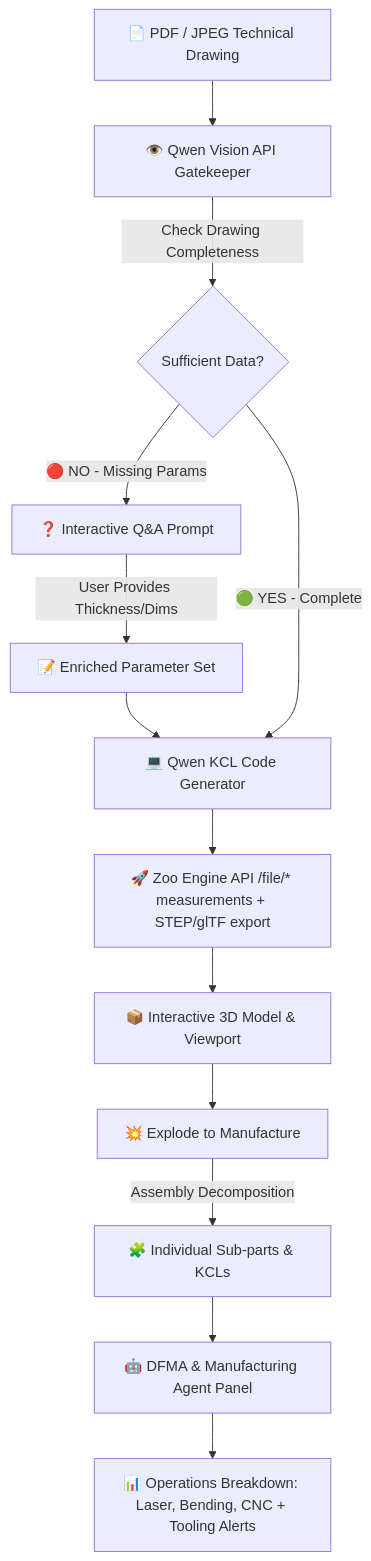
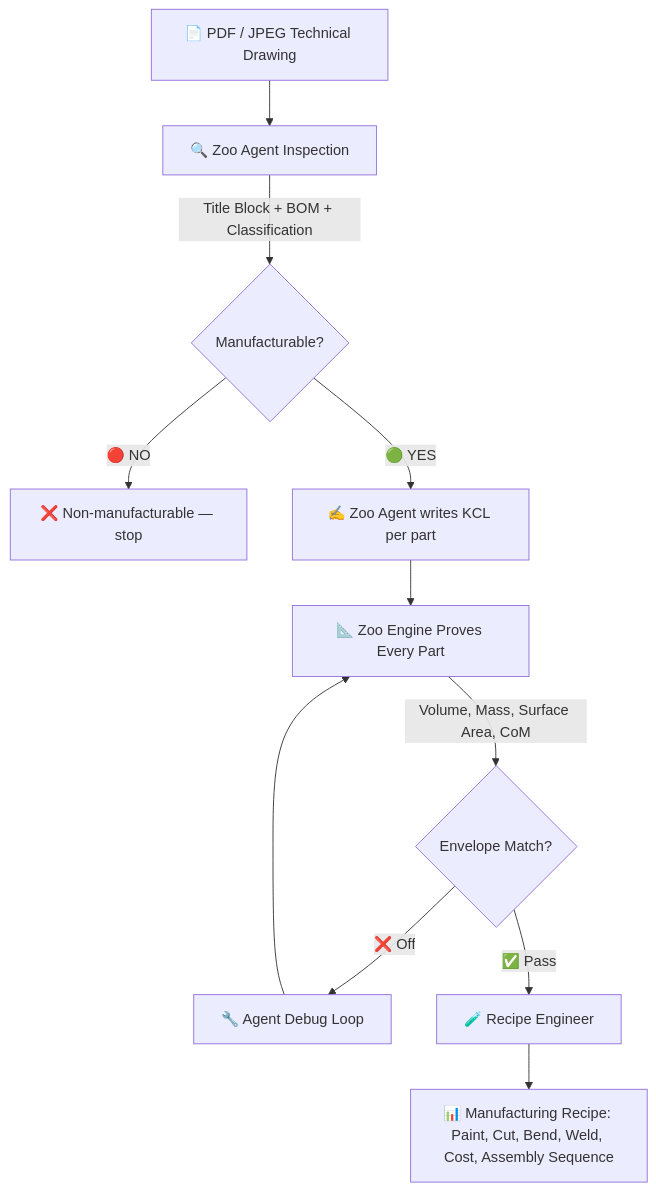
The diagram in README.md (kuntaykunt/zoo-the-api-makeathon), drawn with Mermaid before and after one commit. The commit also changed other lines of this file and 5 other files, not shown here.

First line of the commit message:
feat: 3-actor pipeline — Zoo Agent inspects, Engine proves, Recipe Engineer plans

````diff
--- a/README.md
+++ b/README.md
@@ -46,21 +36,13 @@
 ```mermaid
 flowchart TD
-    A[📄 PDF / JPEG Technical Drawing] --> B[👁️ Qwen Vision API Gatekeeper]
-    
-    B -->|Check Drawing Completeness| C{Sufficient Data?}
-    
-    C -->|🔴 NO - Missing Params| D[❓ Interactive Q&A Prompt]
-    D -->|User Provides Thickness/Dims| E[📝 Enriched Parameter Set]
-    E --> F
-    
-    C -->|🟢 YES - Complete| F[💻 Qwen KCL Code Generator]
-    
-    F --> G[🚀 Zoo Engine API /file/* measurements + STEP/glTF export]
-    G --> H[📦 Interactive 3D Model & Viewport]
-    
-    H --> I[💥 Explode to Manufacture]
-    I -->|Assembly Decomposition| J[🧩 Individual Sub-parts & KCLs]
-    
-    J --> K[🤖 DFMA & Manufacturing Agent Panel]
-    K --> L[📊 Operations Breakdown: Laser, Bending, CNC + Tooling Alerts]
+    A[📄 PDF / JPEG Technical Drawing] --> B[🔍 Zoo Agent Inspection]
+    B -->|Title Block + BOM + Classification| C{Manufacturable?}
+    C -->|🔴 NO| D[❌ Non-manufacturable — stop]
+    C -->|🟢 YES| E[✍️ Zoo Agent writes KCL per part]
+    E --> F[📐 Zoo Engine Proves Every Part]
+    F -->|Volume, Mass, Surface Area, CoM| G{Envelope Match?}
+    G -->|❌ Off| H[🔧 Agent Debug Loop]
+    H --> F
+    G -->|✅ Pass| I[🧪 Recipe Engineer]
+    I --> J[📊 Manufacturing Recipe: Paint, Cut, Bend, Weld, Cost, Assembly Sequence]
 ```
````
